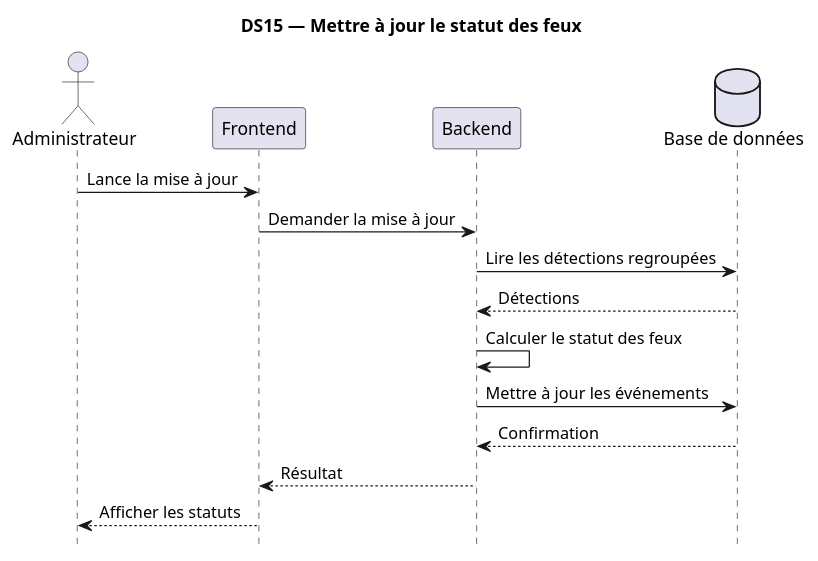
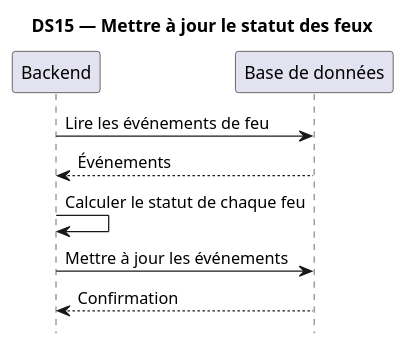
One commit to TkAbeleon/NoteAcemiqueProjetSoutenanceL3 changed the diagram in UML_JeryMotro/DS15_Mettre_a_jour_statut_feux.plantuml. Above: the diagram before and after it, drawn with PlantUML.

Commit message:
Aligner DS15 sur la mise à jour automatique des statuts

```diff
--- a/UML_JeryMotro/DS15_Mettre_a_jour_statut_feux.plantuml
+++ b/UML_JeryMotro/DS15_Mettre_a_jour_statut_feux.plantuml
@@ -1,22 +1,16 @@
 @startuml
 
 title DS15 — Mettre à jour le statut des feux
 hide footbox
 skinparam shadowing false
 
-actor "Administrateur" as A
-participant "Frontend" as F
 participant "Backend" as B
-database "Base de données" as DB
+participant "Base de données" as DB
 
-A -> F : Lance la mise à jour
-F -> B : Demander la mise à jour
-B -> DB : Lire les détections regroupées
-DB --> B : Détections
-B -> B : Calculer le statut des feux
+B -> DB : Lire les événements de feu
+DB --> B : Événements
+B -> B : Calculer le statut de chaque feu
 B -> DB : Mettre à jour les événements
 DB --> B : Confirmation
-B --> F : Résultat
-F --> A : Afficher les statuts
 
 @enduml
```
